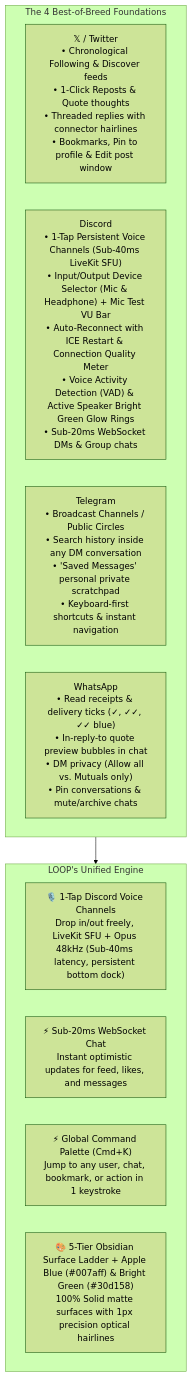
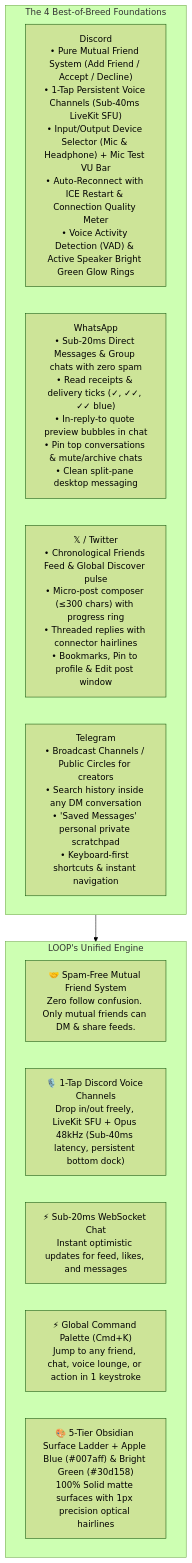
The first of 3 diagrams in plan.md (vineetkishore01/Loop), drawn with Mermaid (forest theme) before and after one commit. The commit also changed other lines of this file and 2 other files, not shown here.

Commit message:
feat: switch to pure spam-free Mutual Friend system

````diff
--- a/plan.md
+++ b/plan.md
@@ -9,18 +9,19 @@
 ```mermaid
 flowchart TD
     subgraph Giants ["The 4 Best-of-Breed Foundations"]
-        X["𝕏 / Twitter\n• Chronological Following & Discover feeds\n• 1-Click Reposts & Quote thoughts\n• Threaded replies with connector hairlines\n• Bookmarks, Pin to profile & Edit post window"]
-        Discord["Discord\n• 1-Tap Persistent Voice Channels (Sub-40ms LiveKit SFU)\n• Input/Output Device Selector (Mic & Headphone) + Mic Test VU Bar\n• Auto-Reconnect with ICE Restart & Connection Quality Meter\n• Voice Activity Detection (VAD) & Active Speaker Bright Green Glow Rings\n• Sub-20ms WebSocket DMs & Group chats"]
-        Telegram["Telegram\n• Broadcast Channels / Public Circles\n• Search history inside any DM conversation\n• 'Saved Messages' personal private scratchpad\n• Keyboard-first shortcuts & instant navigation"]
-        WhatsApp["WhatsApp\n• Read receipts & delivery ticks (✓, ✓✓, ✓✓ blue)\n• In-reply-to quote preview bubbles in chat\n• DM privacy (Allow all vs. Mutuals only)\n• Pin conversations & mute/archive chats"]
+        Discord["Discord\n• Pure Mutual Friend System (Add Friend / Accept / Decline)\n• 1-Tap Persistent Voice Channels (Sub-40ms LiveKit SFU)\n• Input/Output Device Selector (Mic & Headphone) + Mic Test VU Bar\n• Auto-Reconnect with ICE Restart & Connection Quality Meter\n• Voice Activity Detection (VAD) & Active Speaker Bright Green Glow Rings"]
+        WhatsApp["WhatsApp\n• Sub-20ms Direct Messages & Group chats with zero spam\n• Read receipts & delivery ticks (✓, ✓✓, ✓✓ blue)\n• In-reply-to quote preview bubbles in chat\n• Pin top conversations & mute/archive chats\n• Clean split-pane desktop messaging"]
+        X["𝕏 / Twitter\n• Chronological Friends Feed & Global Discover pulse\n• Micro-post composer (≤300 chars) with progress ring\n• Threaded replies with connector hairlines\n• Bookmarks, Pin to profile & Edit post window"]
+        Telegram["Telegram\n• Broadcast Channels / Public Circles for creators\n• Search history inside any DM conversation\n• 'Saved Messages' personal private scratchpad\n• Keyboard-first shortcuts & instant navigation"]
     end
 
     subgraph ProductCore ["LOOP's Unified Engine"]
+        Friends["🤝 Spam-Free Mutual Friend System\nZero follow confusion. Only mutual friends can DM & share feeds."]
         Voice["🎙️ 1-Tap Discord Voice Channels\nDrop in/out freely, LiveKit SFU + Opus 48kHz (Sub-40ms latency, persistent bottom dock)"]
         Speed["⚡ Sub-20ms WebSocket Chat\nInstant optimistic updates for feed, likes, and messages"]
-        Palette["⚡ Global Command Palette (Cmd+K)\nJump to any user, chat, bookmark, or action in 1 keystroke"]
+        Palette["⚡ Global Command Palette (Cmd+K)\nJump to any friend, chat, voice lounge, or action in 1 keystroke"]
         Design["🎨 5-Tier Obsidian Surface Ladder + Apple Blue (#007aff) & Bright Green (#30d158)\n100% Solid matte surfaces with 1px precision optical hairlines"]
     end
 
     Giants --> ProductCore
 ```
````
